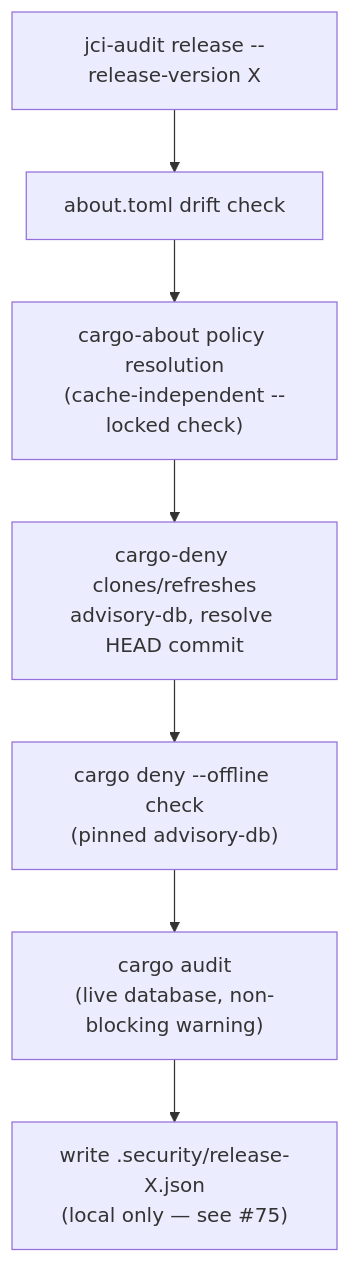
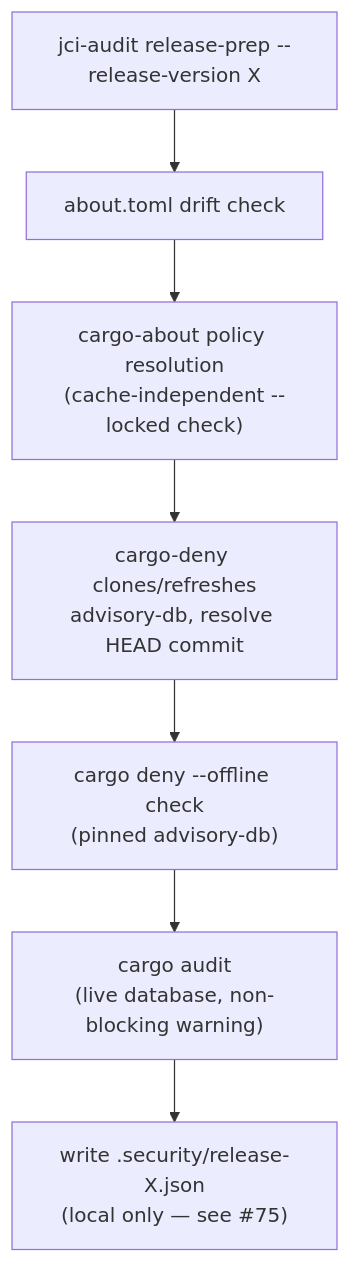
Before and after one commit to jerus-org/jci-audit: the second of 3 diagrams in docs/design.md, drawn with Mermaid. The commit also changed other lines of this file and 27 other files, not shown here.

First line of the commit message:
refactor: rename release to release-prep

````diff
--- a/docs/design.md
+++ b/docs/design.md
@@ -77,9 +77,9 @@
 ```mermaid
 flowchart TD
-    START["jci-audit release --release-version X"] --> DRIFT2["about.toml drift check"]
+    START["jci-audit release-prep --release-version X"] --> DRIFT2["about.toml drift check"]
     DRIFT2 --> POLICY["cargo-about policy resolution\n(cache-independent --locked check)"]
     POLICY --> PIN["cargo-deny clones/refreshes\nadvisory-db, resolve HEAD commit"]
     PIN --> OFFLINE["cargo deny --offline check\n(pinned advisory-db)"]
     OFFLINE --> LIVE["cargo audit\n(live database, non-blocking warning)"]
     LIVE --> RECORD["write .security/release-X.json\n(local only — see #75)"]
 ```
````
